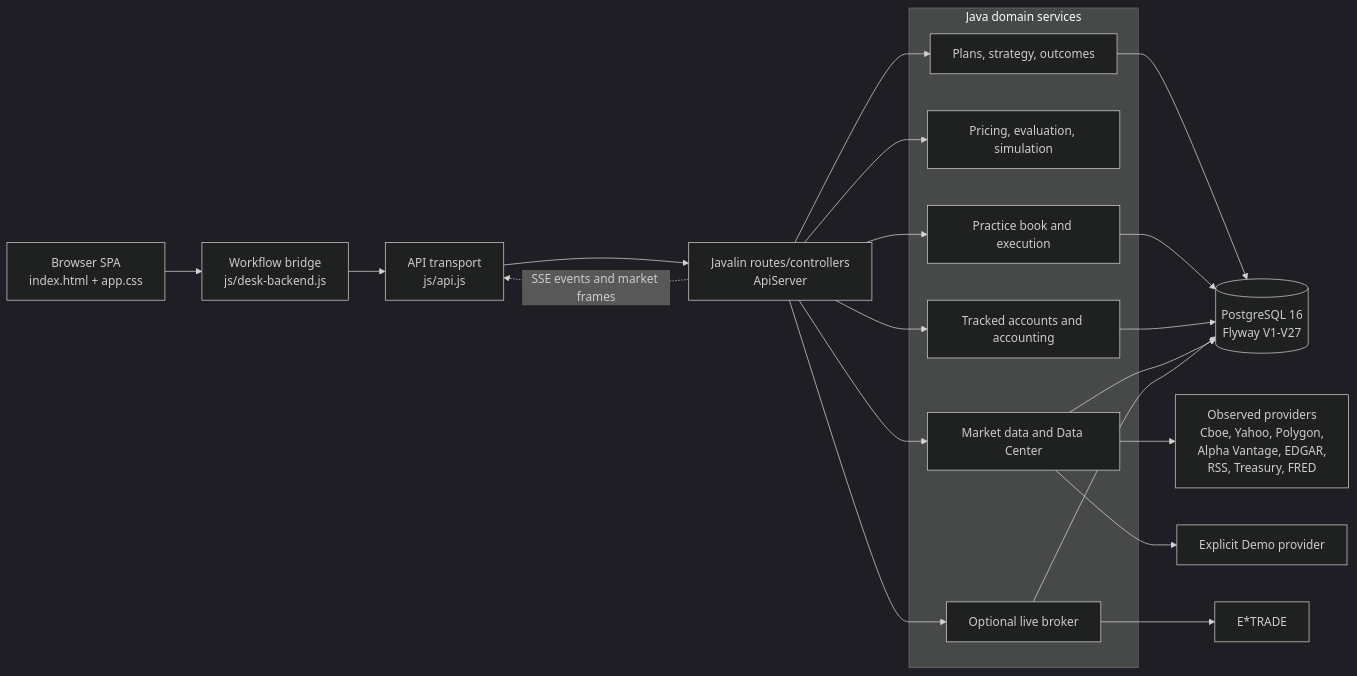
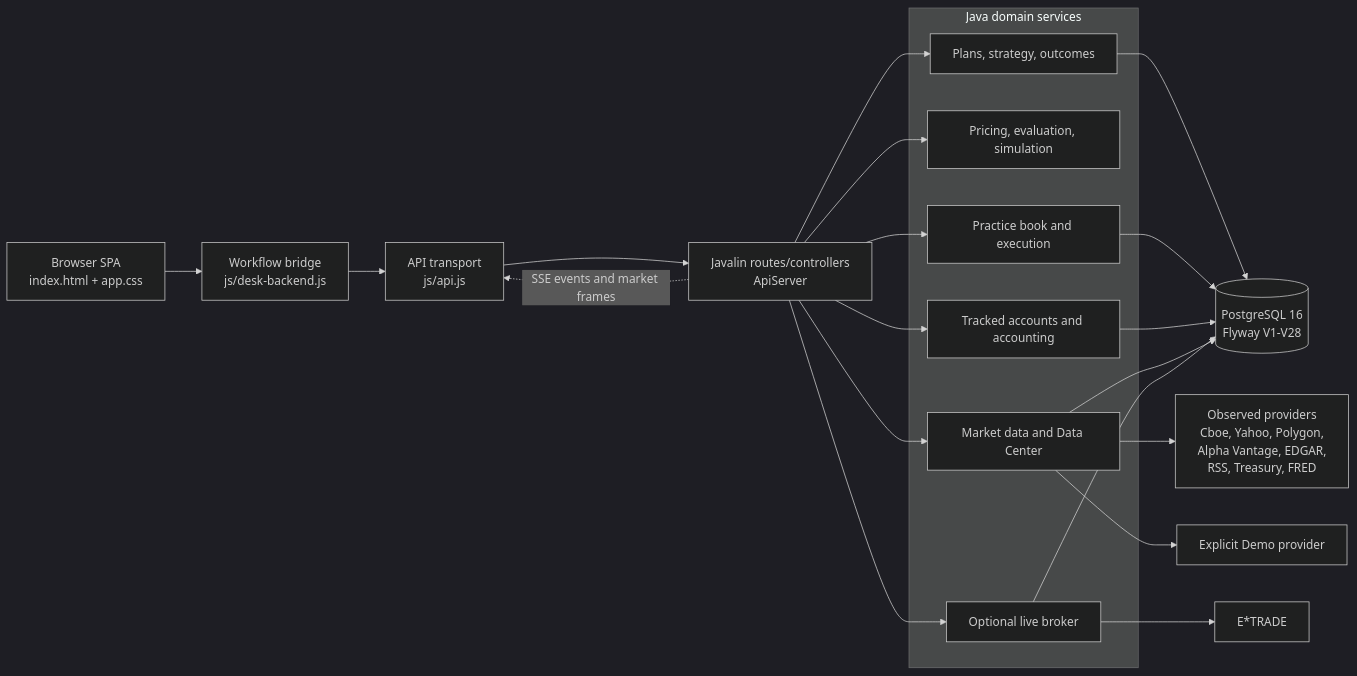
One commit to privacynow/strikebench changed the first of 5 diagrams in architecture.md. Above: the diagram before and after it, drawn with Mermaid (dark theme). The commit also changed other lines of this file and 224 other files, not shown here.

````diff
--- a/architecture.md
+++ b/architecture.md
@@ -24,38 +24,38 @@
 ```mermaid
 flowchart LR
   B["Browser SPA<br/>index.html + app.css"]
   T["API transport<br/>js/api.js"]
   W["Workflow bridge<br/>js/desk-backend.js"]
   J["Javalin routes/controllers<br/>ApiServer"]
 
   subgraph Domain["Java domain services"]
     P["Plans, strategy, outcomes"]
     K["Pricing, evaluation, simulation"]
     PB["Practice book and execution"]
     TB["Tracked accounts and accounting"]
     MD["Market data and Data Center"]
     BR["Optional live broker"]
   end
 
-  DB[("PostgreSQL 16<br/>Flyway V1-V27")]
+  DB[("PostgreSQL 16<br/>Flyway V1-V28")]
   PX["Observed providers<br/>Cboe, Yahoo, Polygon,<br/>Alpha Vantage, EDGAR,<br/>RSS, Treasury, FRED"]
   DEMO["Explicit Demo provider"]
   BROKER["E*TRADE"]
 
   B --> W --> T --> J
   J --> P
   J --> K
   J --> PB
   J --> TB
   J --> MD
   J --> BR
   P --> DB
   PB --> DB
   TB --> DB
   MD --> DB
   BR --> DB
   MD --> PX
   MD --> DEMO
   BR --> BROKER
   J -. "SSE events and market frames" .-> T
 ```
````
